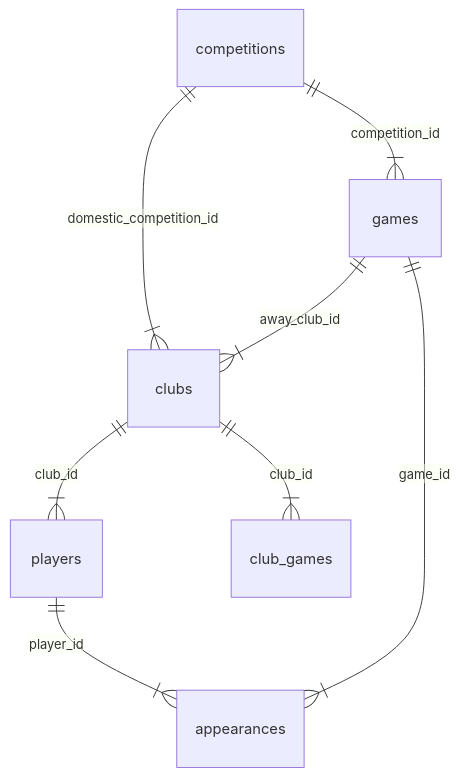
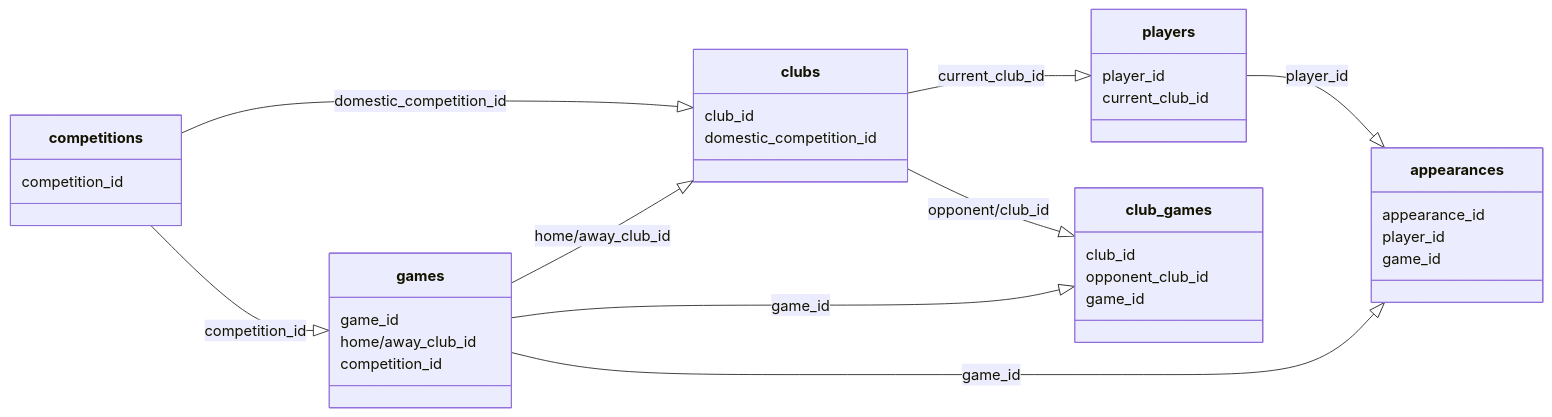
The diagram in README.md (dcaribou/transfermarkt-datasets), drawn with Mermaid before and after one commit. The commit also changed 1 other file, not shown here.

Commit message:
[skip ci] update diagram

````diff
--- a/README.md
+++ b/README.md
@@ -33,10 +33,38 @@
 ```mermaid
-erDiagram
-    competitions ||--|{ games : competition_id
-    competitions ||--|{ clubs : domestic_competition_id
-    clubs ||--|{ players : club_id
-    clubs ||--|{ club_games : club_id
-    players ||--|{ appearances : player_id
-    games ||--|{ appearances : game_id
-    games ||--|{ clubs : away_club_id
+classDiagram
+direction LR
+competitions --|> games : competition_id
+competitions --|> clubs : domestic_competition_id
+clubs --|> players : current_club_id
+clubs --|> club_games : opponent/club_id
+players --|> appearances : player_id
+games --|> appearances : game_id
+games --|> clubs : home/away_club_id
+games --|> club_games : game_id
+class competitions {
+ competition_id
+}
+class games {
+    game_id
+    home/away_club_id
+    competition_id
+}
+class clubs {
+    club_id
+    domestic_competition_id
+}
+class club_games {
+    club_id
+    opponent_club_id
+    game_id
+}
+class players {
+    player_id
+    current_club_id
+}
+class appearances {
+    appearance_id
+    player_id
+    game_id
+}
 ```
````
